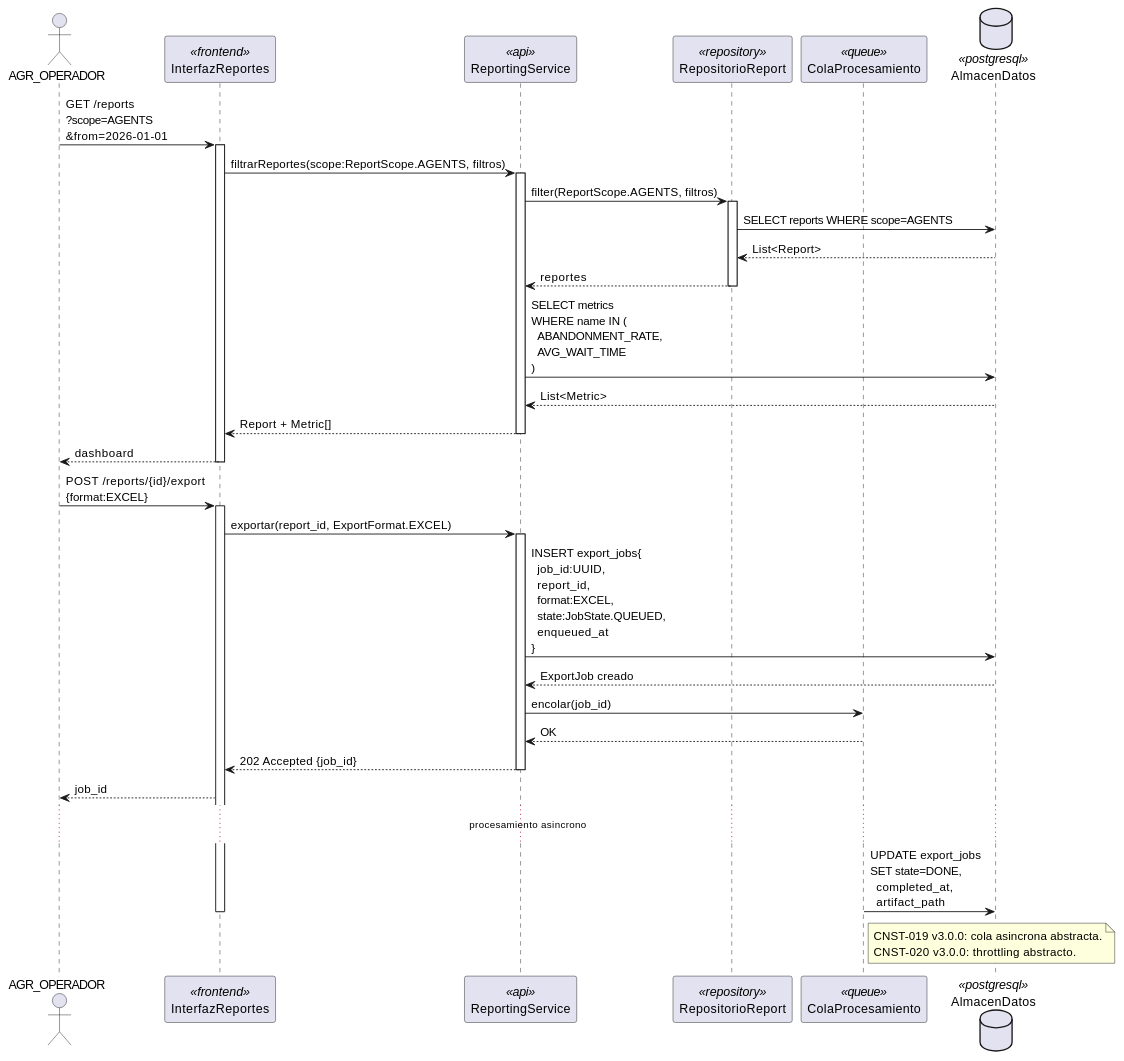
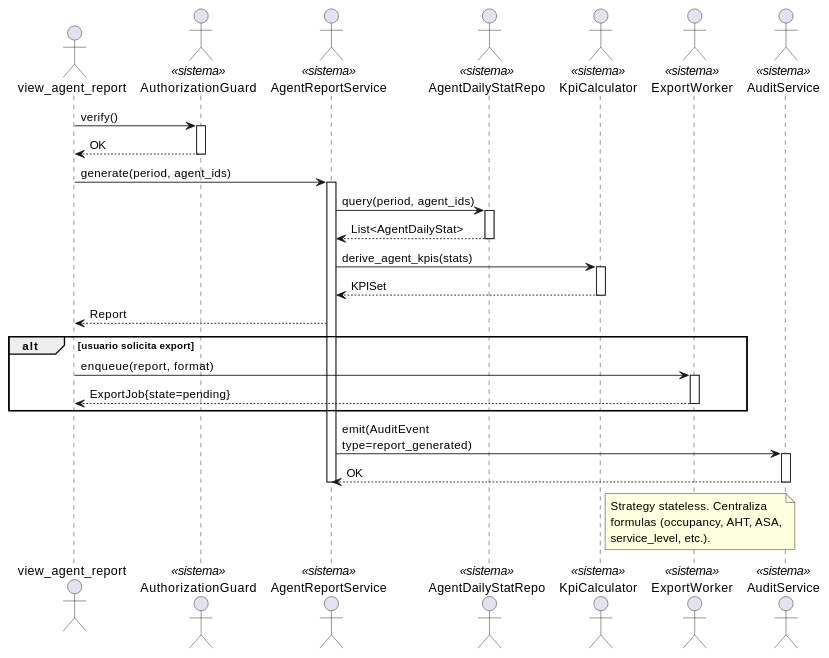
One commit to jcg-admin/IACT-docs changed the diagram in source/arquitectura-tecnica/design-view/seq-reports.rst. Above: the diagram before and after it, drawn with PlantUML. The commit also changed other lines of this file and 12 other files, not shown here.

First line of the commit message:
Harmonize 13 design-view sequence diagrams to canonical vocab

```diff
--- a/source/arquitectura-tecnica/design-view/seq-reports.rst
+++ b/source/arquitectura-tecnica/design-view/seq-reports.rst
@@ -24,61 +25,53 @@
 .. uml::
- :caption: Design View MOD_Reports — reporte con filtros, metricas y exportacion asincrona.
+ :caption: MOD_Reports — generacion de reporte con KPIs derivados.
 
  @startuml
 
- actor AGR_OPERADOR
+ actor "view_agent_report" as view_agent_report
+ actor "AuthorizationGuard" as AuthorizationGuard <<sistema>>
+ actor "AgentReportService" as AgentReportService <<sistema>>
+ actor "AgentDailyStatRepo" as AgentDailyStatRepo <<sistema>>
+ actor "KpiCalculator" as KpiCalculator <<sistema>>
+ actor "ExportWorker" as ExportWorker <<sistema>>
+ actor "AuditService" as AuditService <<sistema>>
 
- participant InterfazReportes   <<frontend>>
- participant ReportingService   <<api>>
- participant RepositorioReport  <<repository>>
- participant ColaProcesamiento  <<queue>>
- database    AlmacenDatos       <<postgresql>>
+ view_agent_report -> AuthorizationGuard : verify()
+ activate AuthorizationGuard
+ AuthorizationGuard --> view_agent_report : OK
+ deactivate AuthorizationGuard
 
- AGR_OPERADOR -> InterfazReportes : GET /reports\n?scope=AGENTS\n&from=2026-01-01
- activate InterfazReportes
+ view_agent_report -> AgentReportService : generate(period, agent_ids)
+ activate AgentReportService
 
- InterfazReportes -> ReportingService : filtrarReportes(scope:ReportScope.AGENTS, filtros)
- activate ReportingService
+ AgentReportService -> AgentDailyStatRepo : query(period, agent_ids)
+ activate AgentDailyStatRepo
+ AgentDailyStatRepo --> AgentReportService : List<AgentDailyStat>
+ deactivate AgentDailyStatRepo
 
- ReportingService -> RepositorioReport : filter(ReportScope.AGENTS, filtros)
- activate RepositorioReport
- RepositorioReport -> AlmacenDatos : SELECT reports WHERE scope=AGENTS
- AlmacenDatos --> RepositorioReport : List<Report>
- RepositorioReport --> ReportingService : reportes
- deactivate RepositorioReport
+ AgentReportService -> KpiCalculator : derive_agent_kpis(stats)
+ activate KpiCalculator
+ KpiCalculator --> AgentReportService : KPISet
+ deactivate KpiCalculator
 
- ReportingService -> AlmacenDatos : SELECT metrics\nWHERE name IN (\n  ABANDONMENT_RATE,\n  AVG_WAIT_TIME\n)
- AlmacenDatos --> ReportingService : List<Metric>
+ AgentReportService --> view_agent_report : Report
 
- ReportingService --> InterfazReportes : Report + Metric[]
- deactivate ReportingService
- InterfazReportes --> AGR_OPERADOR : dashboard
- deactivate InterfazReportes
+ alt usuario solicita export
+   view_agent_report -> ExportWorker : enqueue(report, format)
+   activate ExportWorker
+   ExportWorker --> view_agent_report : ExportJob{state=pending}
+   deactivate ExportWorker
+ end
 
- AGR_OPERADOR -> InterfazReportes : POST /reports/{id}/export\n{format:EXCEL}
- activate InterfazReportes
+ AgentReportService -> AuditService : emit(AuditEvent\ntype=report_generated)
+ activate AuditService
+ AuditService --> AgentReportService : OK
+ deactivate AuditService
+ deactivate AgentReportService
 
- InterfazReportes -> ReportingService : exportar(report_id, ExportFormat.EXCEL)
- activate ReportingService
-
- ReportingService -> AlmacenDatos : INSERT export_jobs{\n  job_id:UUID,\n  report_id,\n  format:EXCEL,\n  state:JobState.QUEUED,\n  enqueued_at\n}
- AlmacenDatos --> ReportingService : ExportJob creado
-
- ReportingService -> ColaProcesamiento : encolar(job_id)
- ColaProcesamiento --> ReportingService : OK
-
- ReportingService --> InterfazReportes : 202 Accepted {job_id}
- deactivate ReportingService
- InterfazReportes --> AGR_OPERADOR : job_id
-
- ... procesamiento asincrono ...
-
- ColaProcesamiento -> AlmacenDatos : UPDATE export_jobs\nSET state=DONE,\n  completed_at,\n  artifact_path
- deactivate InterfazReportes
-
- note right of ColaProcesamiento
-   CNST-019 v3.0.0: cola asincrona abstracta.
-   CNST-020 v3.0.0: throttling abstracto.
+ note right of KpiCalculator
+   Strategy stateless. Centraliza
+   formulas (occupancy, AHT, ASA,
+   service_level, etc.).
  end note
 
  @enduml
```
